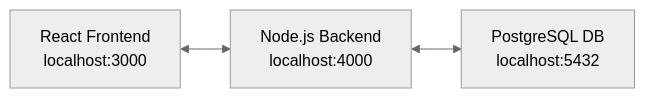
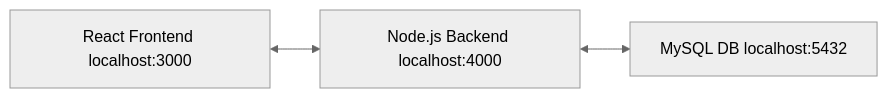
The diagram in README.md (shantosh-m/ToDo-App), drawn with Mermaid (neutral theme) before and after one commit.

Commit message:
Update of diagram

````diff
--- a/README.md
+++ b/README.md
@@ -5,5 +5,5 @@
 ```mermaid
 graph LR
-A[React Frontend \nlocalhost:3000] <--> B[Node.js Backend\nlocalhost:4000]
-B <--> C[PostgreSQL DB\nlocalhost:5432]
+A[React Frontend localhost:3000] <--> B[Node.js Backend localhost:4000]
+B <--> C[MySQL DB localhost:5432]
 ```
````
